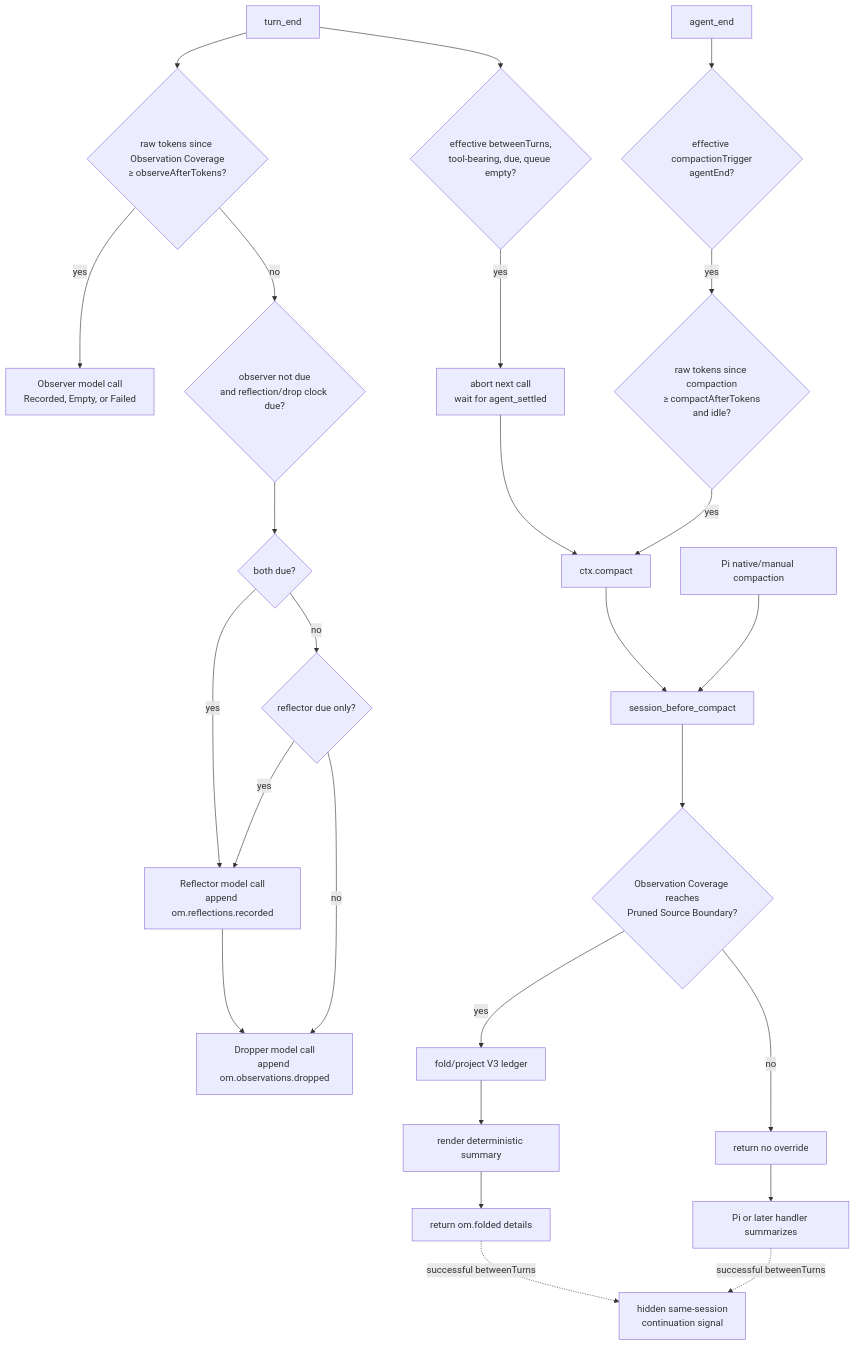
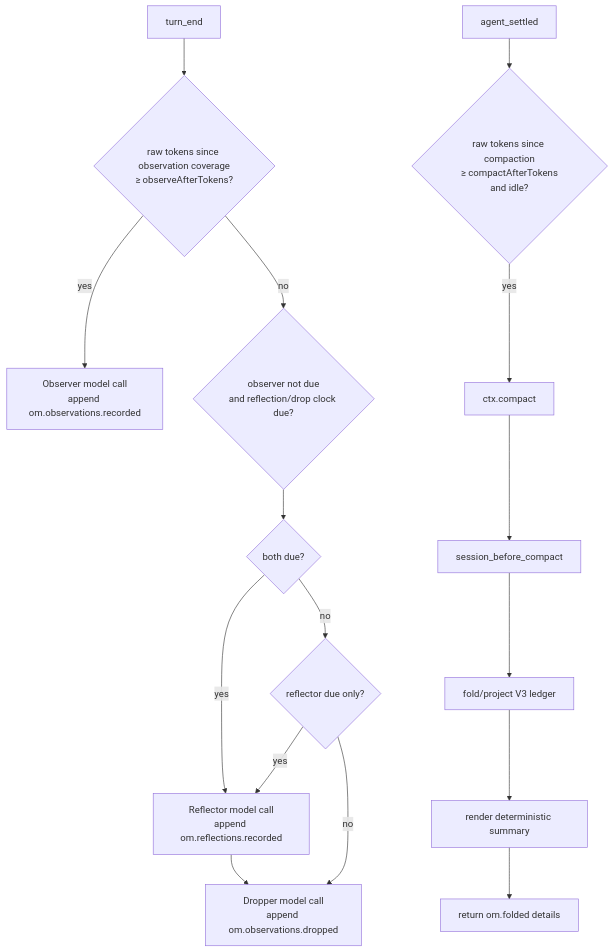
One commit to Whamp/pi-observational-memory changed the diagram in docs/how-it-works.md. Above: the diagram before and after it, drawn with Mermaid. The commit also changed other lines of this file and 72 other files, not shown here.

````diff
--- a/docs/how-it-works.md
+++ b/docs/how-it-works.md
@@ -24,52 +23,36 @@
 ```mermaid
 flowchart TD
     TE[turn_end]
-    AE[agent_end]
+    AE[agent_settled]
     SBC[session_before_compact]
 
-    ObsDue{raw tokens since Observation Coverage<br/>≥ observeAfterTokens?}
-    Observer[Observer model call<br/>Recorded, Empty, or Failed]
+    ObsDue{raw tokens since observation coverage<br/>≥ observeAfterTokens?}
+    Observer[Observer model call<br/>append om.observations.recorded]
 
     ReflectDropDue{observer not due<br/>and reflection/drop clock due?}
     BothDue{both due?}
     ReflectorOnly{reflector due only?}
     Reflector[Reflector model call<br/>append om.reflections.recorded]
     Dropper[Dropper model call<br/>append om.observations.dropped]
 
-    TriggerMode{effective compactionTrigger<br/>agentEnd?}
     CompactDue{raw tokens since compaction<br/>≥ compactAfterTokens<br/>and idle?}
-    BetweenDue{effective betweenTurns,<br/>tool-bearing, due, queue empty?}
-    AbortSettle[abort next call<br/>wait for agent_settled]
     CompactCall[ctx.compact]
-    Continue[hidden same-session<br/>continuation signal]
-    Native[Pi native/manual compaction]
 
-    Authority{Observation Coverage reaches<br/>Pruned Source Boundary?}
     Fold[fold/project V3 ledger]
     Render[render deterministic summary]
     Details[return om.folded details]
-    Delegate[return no override]
-    PiSummary[Pi or later handler summarizes]
 
     TE --> ObsDue
     ObsDue -- yes --> Observer
     ObsDue -- no --> ReflectDropDue
     ReflectDropDue --> BothDue
     BothDue -- yes --> Reflector --> Dropper
     BothDue -- no --> ReflectorOnly
     ReflectorOnly -- yes --> Reflector
     ReflectorOnly -- no --> Dropper
 
-    AE --> TriggerMode
-    TriggerMode -- yes --> CompactDue
+    AE --> CompactDue
     CompactDue -- yes --> CompactCall
-    TE --> BetweenDue
-    BetweenDue -- yes --> AbortSettle --> CompactCall
     CompactCall --> SBC
-    Native --> SBC
-    SBC --> Authority
-    Authority -- yes --> Fold --> Render --> Details
-    Authority -- no --> Delegate --> PiSummary
-    Details -. successful betweenTurns .-> Continue
-    PiSummary -. successful betweenTurns .-> Continue
+    SBC --> Fold --> Render --> Details
 ```
````
